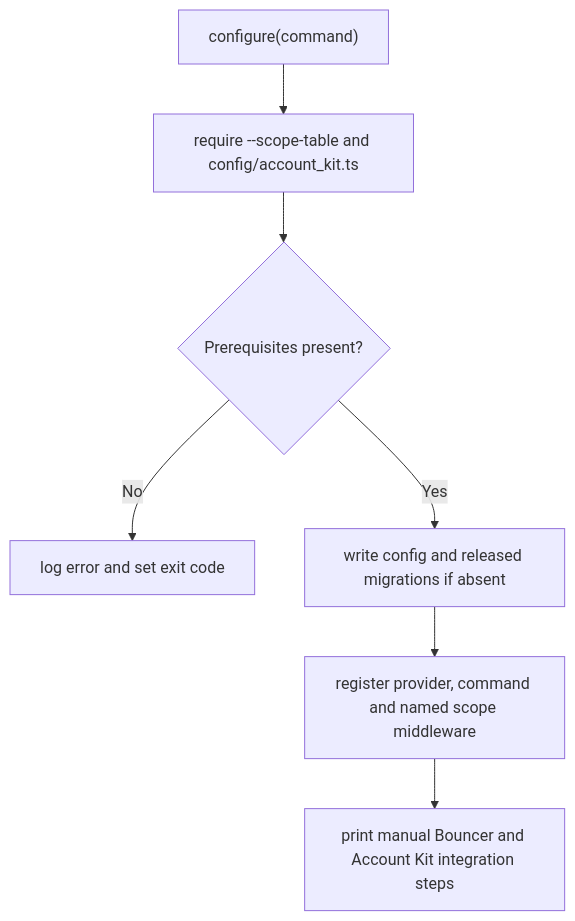
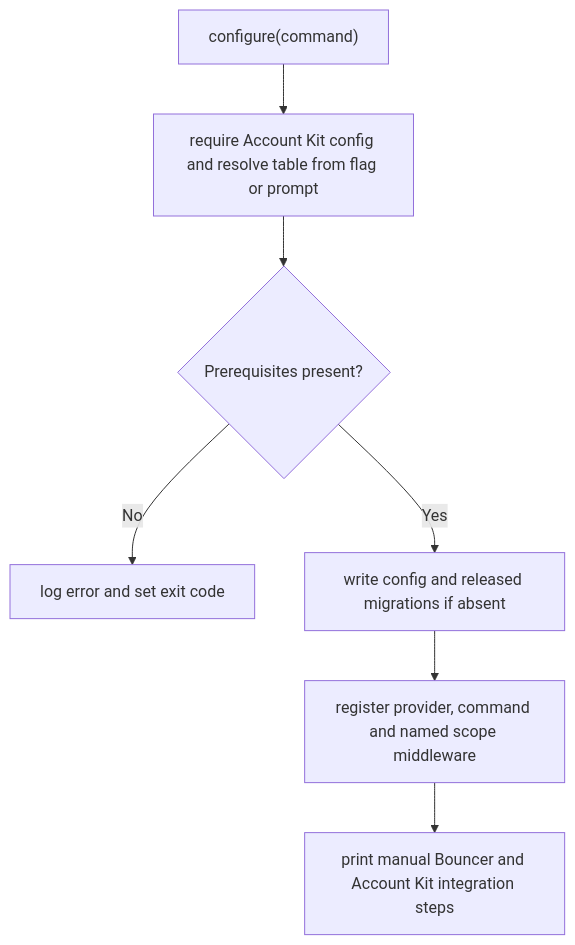
Before and after one commit to Kevinjohn/oss-adonisjs-access-control: the second of 2 diagrams in user-stories/US-ACCESS-14-configure-access-control.md, drawn with Mermaid. The commit also changed other lines of this file and 14 other files, not shown here.

````diff
--- a/user-stories/US-ACCESS-14-configure-access-control.md
+++ b/user-stories/US-ACCESS-14-configure-access-control.md
@@ -32,9 +32,9 @@
 ```mermaid
 flowchart TD
-    A["configure(command)"] --> B["require --scope-table and config/account_kit.ts"]
+    A["configure(command)"] --> B["require Account Kit config and resolve table from flag or prompt"]
     B --> C{"Prerequisites present?"}
     C -->|No| D["log error and set exit code"]
     C -->|Yes| E["write config and released migrations if absent"]
     E --> F["register provider, command and named scope middleware"]
     F --> G["print manual Bouncer and Account Kit integration steps"]
 ```
````
